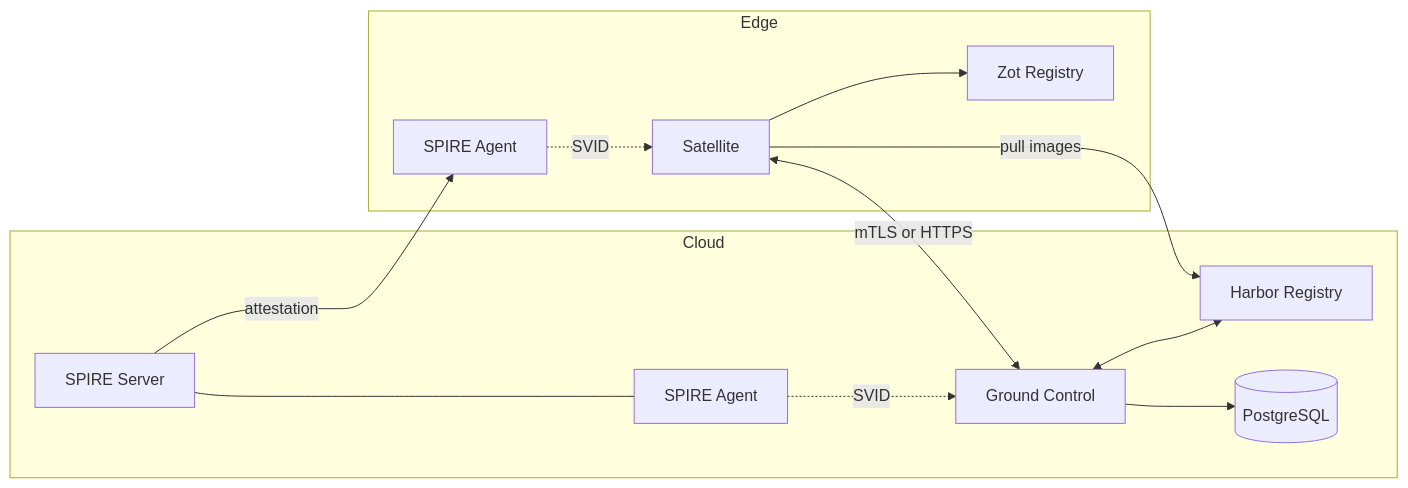
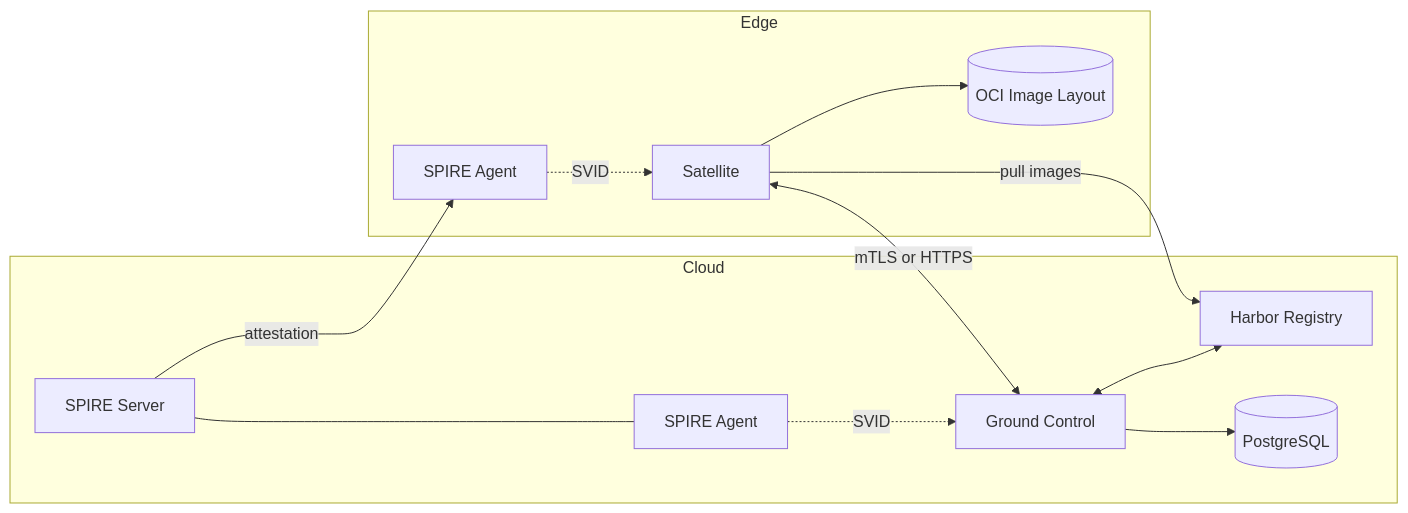
Before and after one commit to container-registry/harbor-satellite: the second of 3 diagrams in website/content/docs/overview.md, drawn with Mermaid. The commit also changed other lines of this file and 24 other files, not shown here.

````diff
--- a/website/content/docs/overview.md
+++ b/website/content/docs/overview.md
@@ -43,26 +43,26 @@
 ```mermaid
 graph LR
     subgraph Cloud
         Harbor[Harbor Registry]
         GC[Ground Control]
         PG[(PostgreSQL)]
         SpireServer[SPIRE Server]
         SpireAgentGC[SPIRE Agent]
     end
 
     subgraph Edge
         SpireAgentSat[SPIRE Agent]
         Satellite[Satellite]
-        Zot[Zot Registry]
+        OCI[(OCI Image Layout)]
     end
 
     GC --> PG
     GC <--> Harbor
     SpireServer --- SpireAgentGC
     SpireAgentGC -.->|SVID| GC
     SpireServer --->|attestation| SpireAgentSat
     SpireAgentSat -.->|SVID| Satellite
     Satellite <-->|mTLS or HTTPS| GC
     Satellite -->|pull images| Harbor
-    Satellite --> Zot
+    Satellite --> OCI
 ```
````
